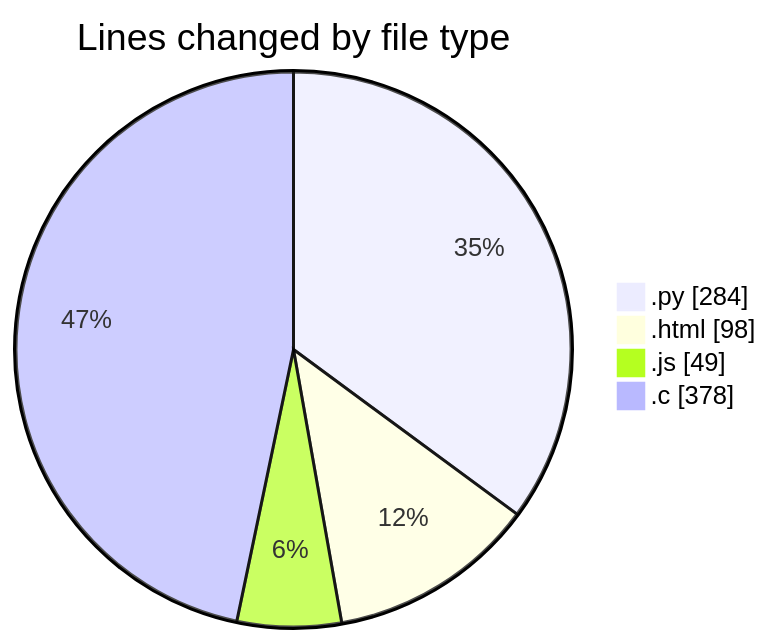
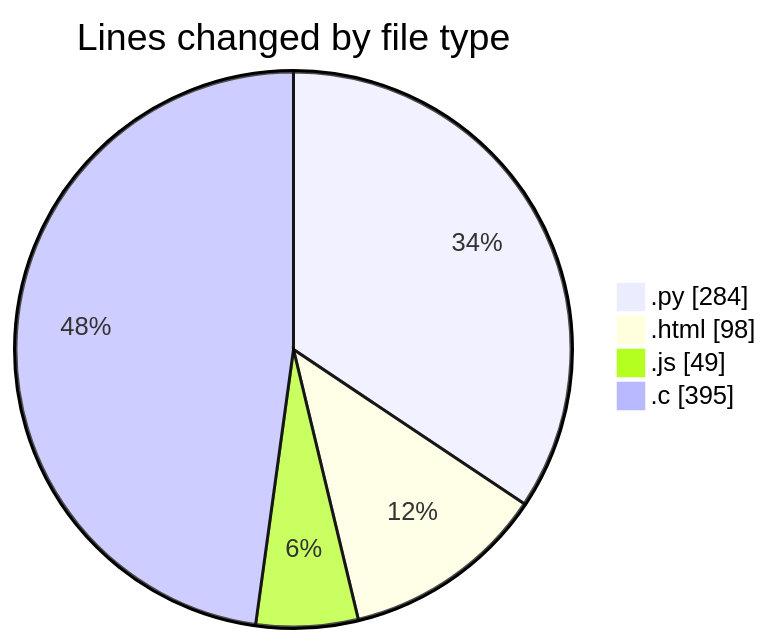
Before and after one commit to Ritupan-Deka/code-tracking: the first of 2 diagrams in 2025-01-21/projects/README.md, drawn with Mermaid. The commit also changed other lines of this file and 1 other file, not shown here.

````diff
--- a/2025-01-21/projects/README.md
+++ b/2025-01-21/projects/README.md
@@ -31,8 +31,8 @@
 ```mermaid
 pie showData
 title Lines changed by file type
 ".py" : 284
 ".html" : 98
 ".js" : 49
-".c" : 378
+".c" : 395
 ```
````
